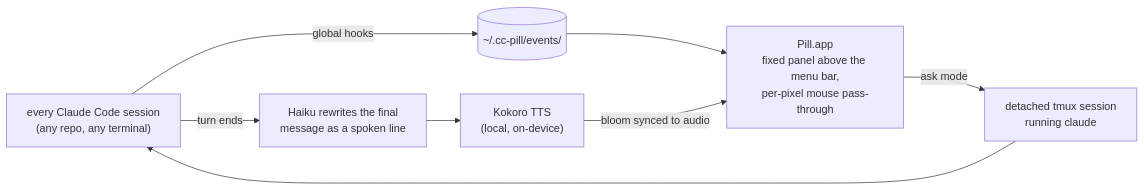
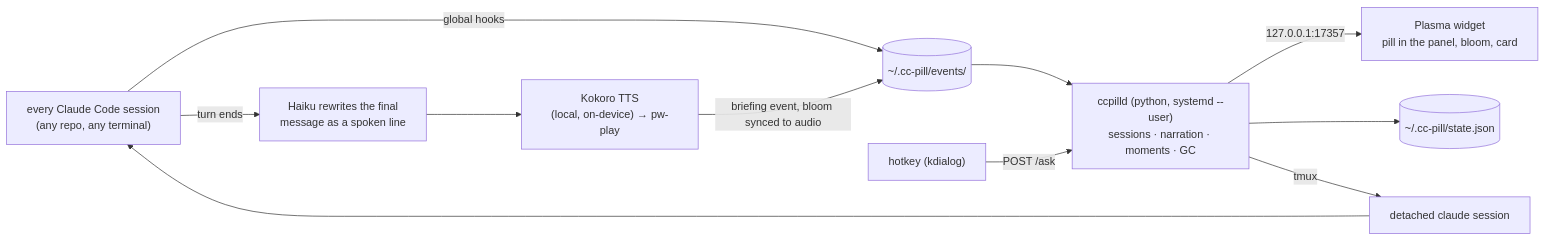
The diagram in README.md (ambasoma/cc-pill), drawn with Mermaid before and after one commit. The commit also changed other lines of this file and 1 other file, not shown here.

First line of the commit message:
README: the Linux branch front page is the Plasma widget's own

````diff
--- a/README.md
+++ b/README.md
@@ -164,10 +166,13 @@
 ```mermaid
 flowchart LR
     S["every Claude Code session<br/>(any repo, any terminal)"] -- "global hooks" --> E[("~/.cc-pill/events/")]
-    E --> P["Pill.app<br/>fixed panel above the menu bar,<br/>per-pixel mouse pass-through"]
+    E --> D["ccpilld (python, systemd --user)<br/>sessions · narration · moments · GC"]
+    D -- "127.0.0.1:17357" --> W["Plasma widget<br/>pill in the panel, bloom, card"]
+    D --> J[("~/.cc-pill/state.json")]
     S -- "turn ends" --> H["Haiku rewrites the final<br/>message as a spoken line"]
-    H --> K["Kokoro TTS<br/>(local, on-device)"]
-    K -- "bloom synced to audio" --> P
-    P -- "ask mode" --> T["detached tmux session<br/>running claude"]
+    H --> K["Kokoro TTS<br/>(local, on-device) → pw-play"]
+    K -- "briefing event, bloom synced to audio" --> E
+    A["hotkey (kdialog)"] -- "POST /ask" --> D
+    D -- "tmux" --> T["detached claude session"]
     T --> S
 ```
````
